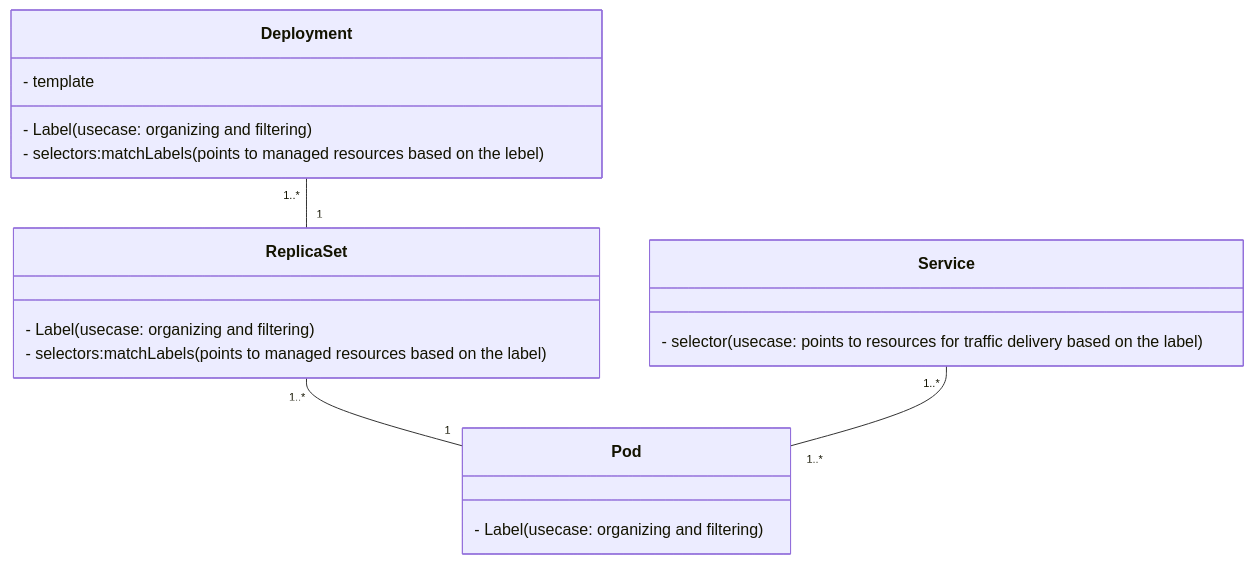
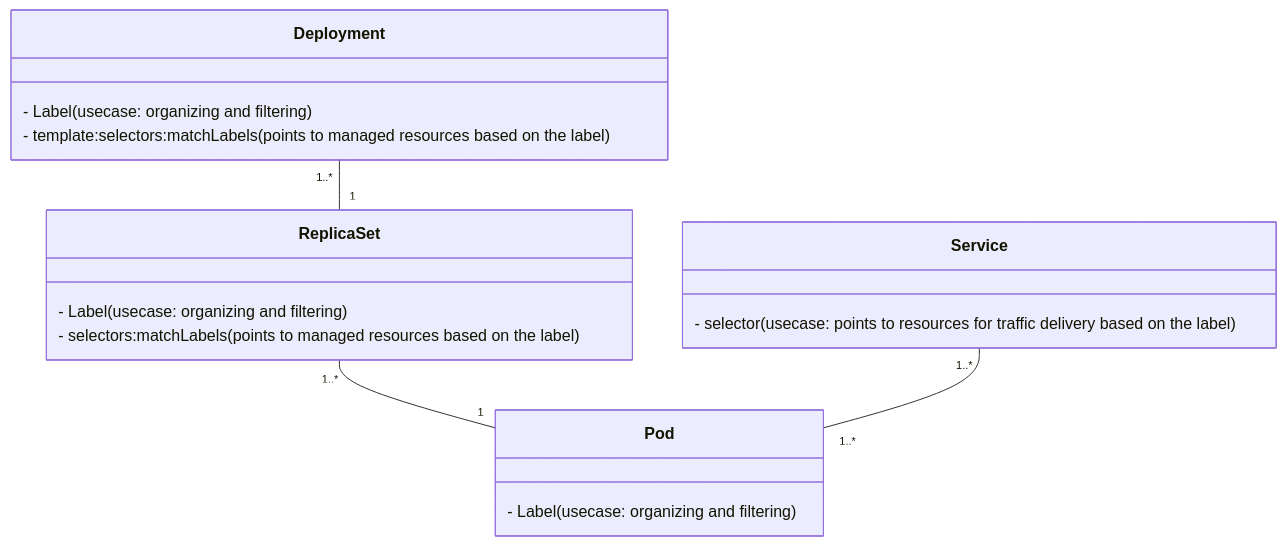
One commit to rbaihis/k8s_basics changed the second of 2 diagrams in ANNOTATIONS_AND_LABELS.md. Above: the diagram before and after it, drawn with Mermaid. The commit also changed other lines of this file, not shown here.

````diff
--- a/ANNOTATIONS_AND_LABELS.md
+++ b/ANNOTATIONS_AND_LABELS.md
@@ -39,23 +40,22 @@
 ```mermaid
 classDiagram
 
     class Deployment {
         - Label(usecase: organizing and filtering)
-        - selectors:matchLabels(points to managed resources based on the lebel)
-        - template
+        - template:selectors:matchLabels (points to managed resources based on the label)
     }
     class ReplicaSet {
         - Label(usecase: organizing and filtering)
         - selectors:matchLabels(points to managed resources based on the label)
     }
     class Pod {
         - Label(usecase: organizing and filtering)
     }
     class Service {
         - selector(usecase: points to resources for traffic delivery based on the label)
     }
 
     Deployment "1..*" -- "1" ReplicaSet
     ReplicaSet "1..*" -- "1" Pod
     Service "1..*" -- "1..*" Pod
 ```
````
